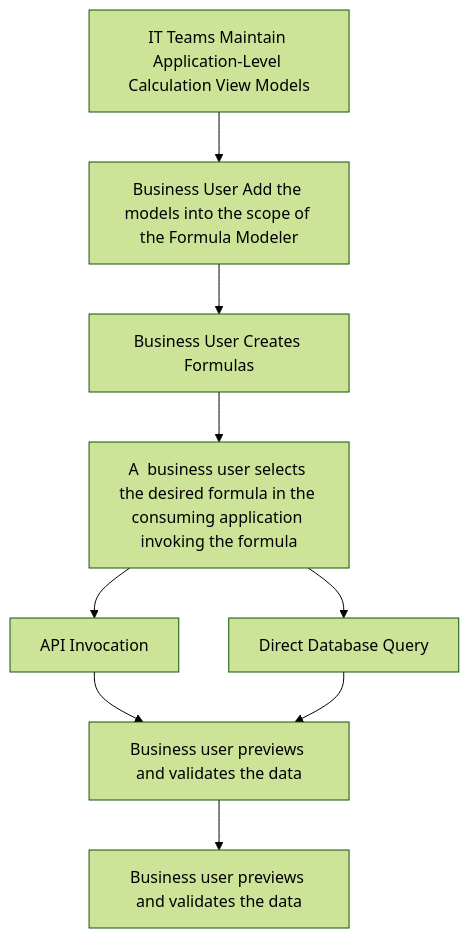
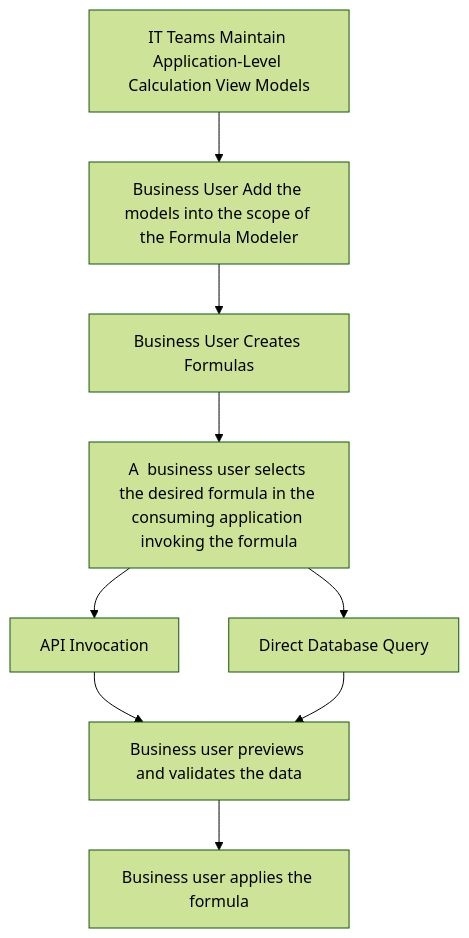
The diagram in README.md (prabhudc/formula-modeler-1), drawn with Mermaid (forest theme) before and after one commit. The commit also changed other lines of this file and 1 other file, not shown here.

Commit message:
tinurl link update

````diff
--- a/README.md
+++ b/README.md
@@ -30,11 +31,11 @@
 ```mermaid
 flowchart TD
     A[IT Teams Maintain Application-Level Calculation View Models] --> B[Business User Add the models into the scope of the Formula Modeler]
     B --> C[Business User Creates Formulas]
     C --> D[A  business user selects the desired formula in the consuming application invoking the formula]
     D --> D1[API Invocation]
     D --> D2[Direct Database Query]
     D1 --> E[Render or Apply Formula Results]
     D2 --> E[Business user previews and validates the data ]
-    E --> D3[Business user previews and validates the data ]
+    E --> D3[Business user applies the formula ]
 ```
````
